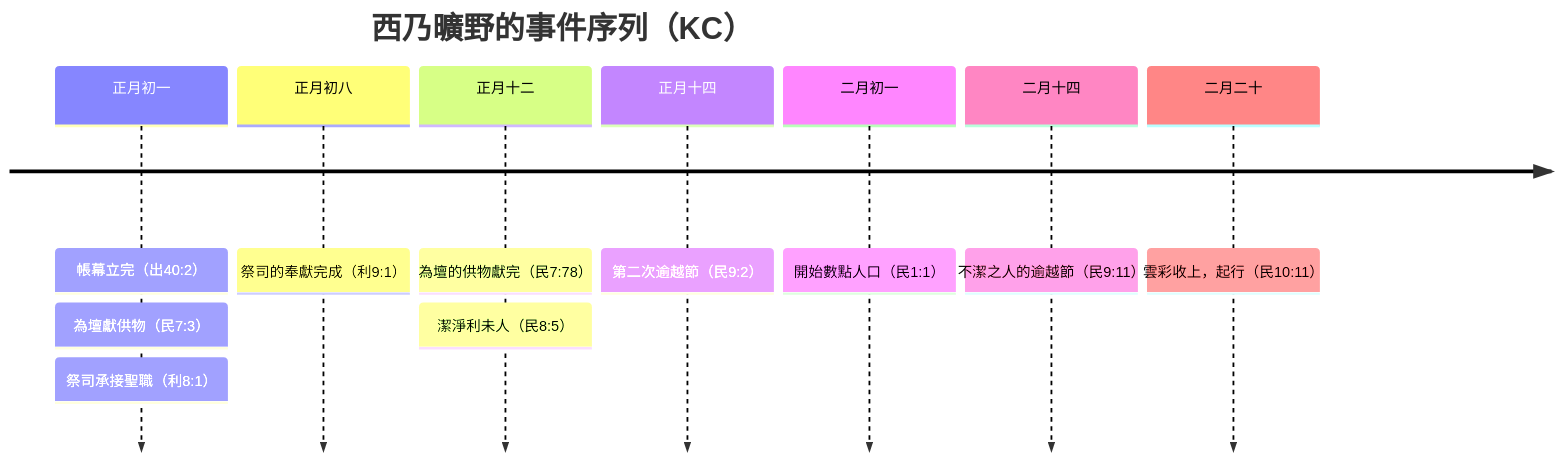
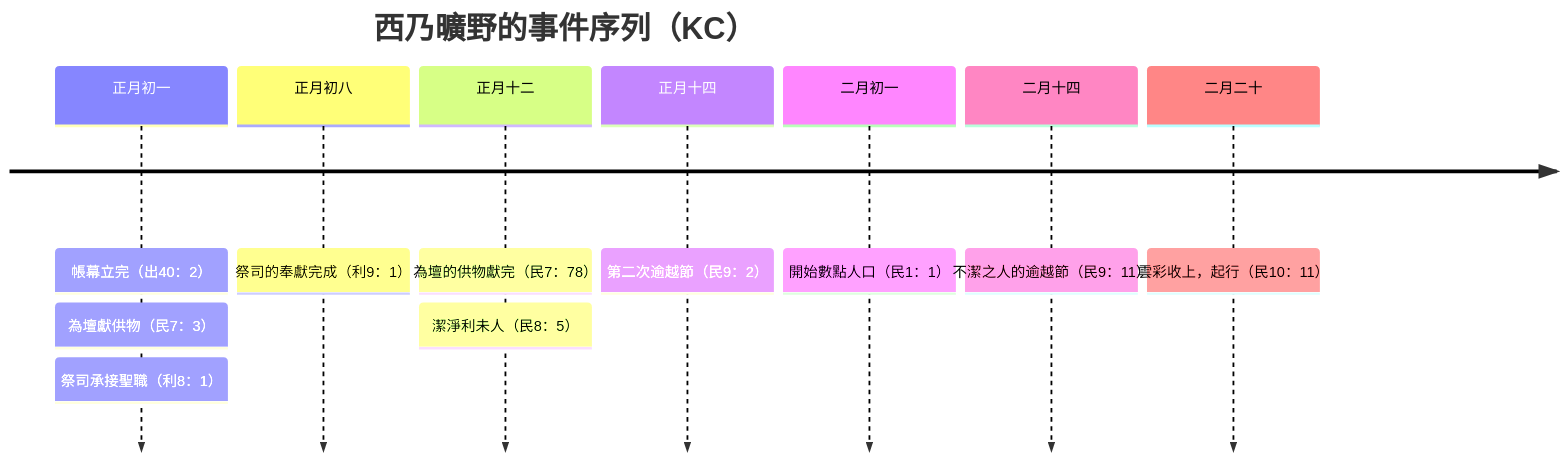
Before and after one commit to andyjr5566/Bible_wiki_zh: the diagram in 04 民數記/第7章.md, drawn with Mermaid. The commit also changed 9 other files, not shown here.

````diff
--- a/04 民數記/第7章.md
+++ b/04 民數記/第7章.md
@@ -149,11 +149,11 @@
 ```mermaid
 timeline
     title 西乃曠野的事件序列（KC）
-    正月初一 : 帳幕立完（出40:2） : 為壇獻供物（民7:3） : 祭司承接聖職（利8:1）
-    正月初八 : 祭司的奉獻完成（利9:1）
-    正月十二 : 為壇的供物獻完（民7:78） : 潔淨利未人（民8:5）
-    正月十四 : 第二次逾越節（民9:2）
-    二月初一 : 開始數點人口（民1:1）
-    二月十四 : 不潔之人的逾越節（民9:11）
-    二月二十 : 雲彩收上，起行（民10:11）
+    正月初一 : 帳幕立完（出40：2） : 為壇獻供物（民7：3） : 祭司承接聖職（利8：1）
+    正月初八 : 祭司的奉獻完成（利9：1）
+    正月十二 : 為壇的供物獻完（民7：78） : 潔淨利未人（民8：5）
+    正月十四 : 第二次逾越節（民9：2）
+    二月初一 : 開始數點人口（民1：1）
+    二月十四 : 不潔之人的逾越節（民9：11）
+    二月二十 : 雲彩收上，起行（民10：11）
 ```
````
